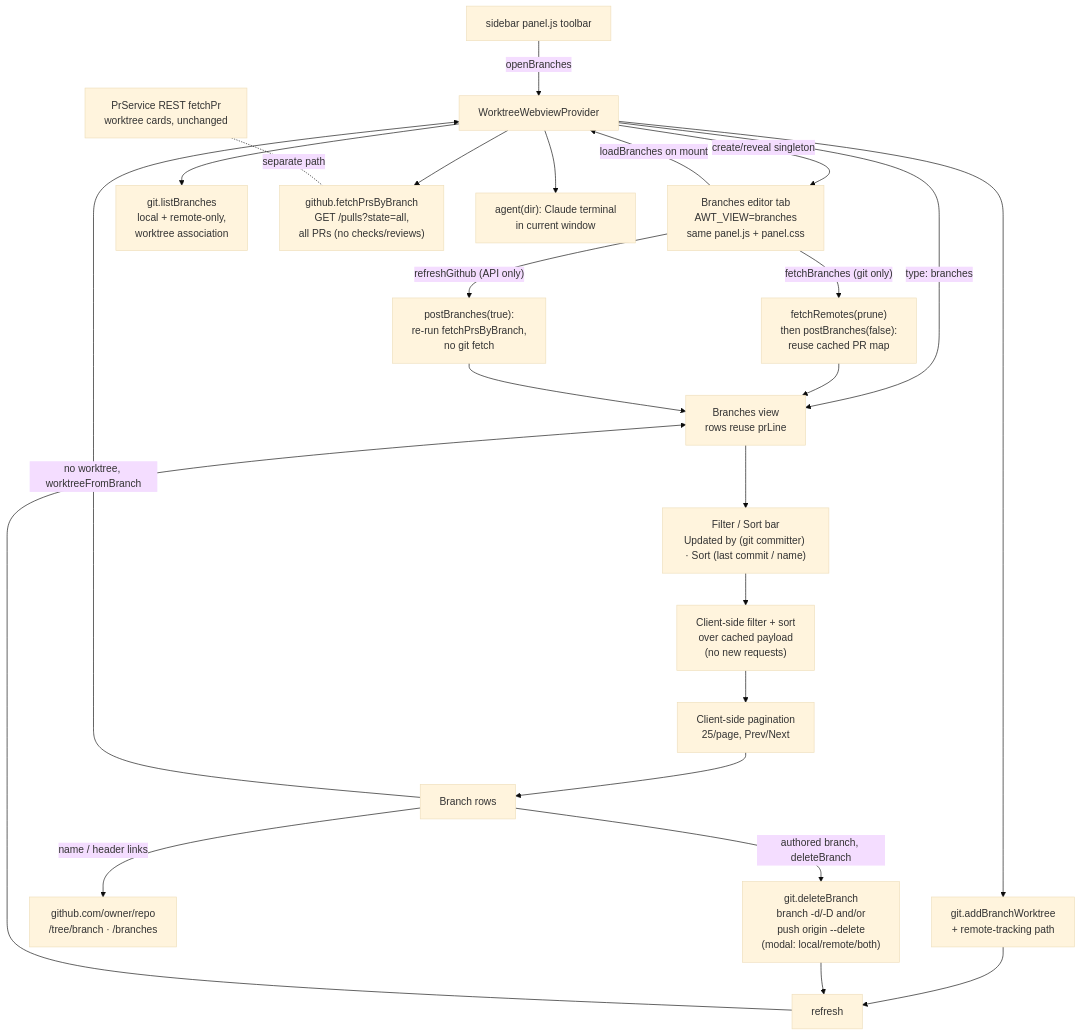
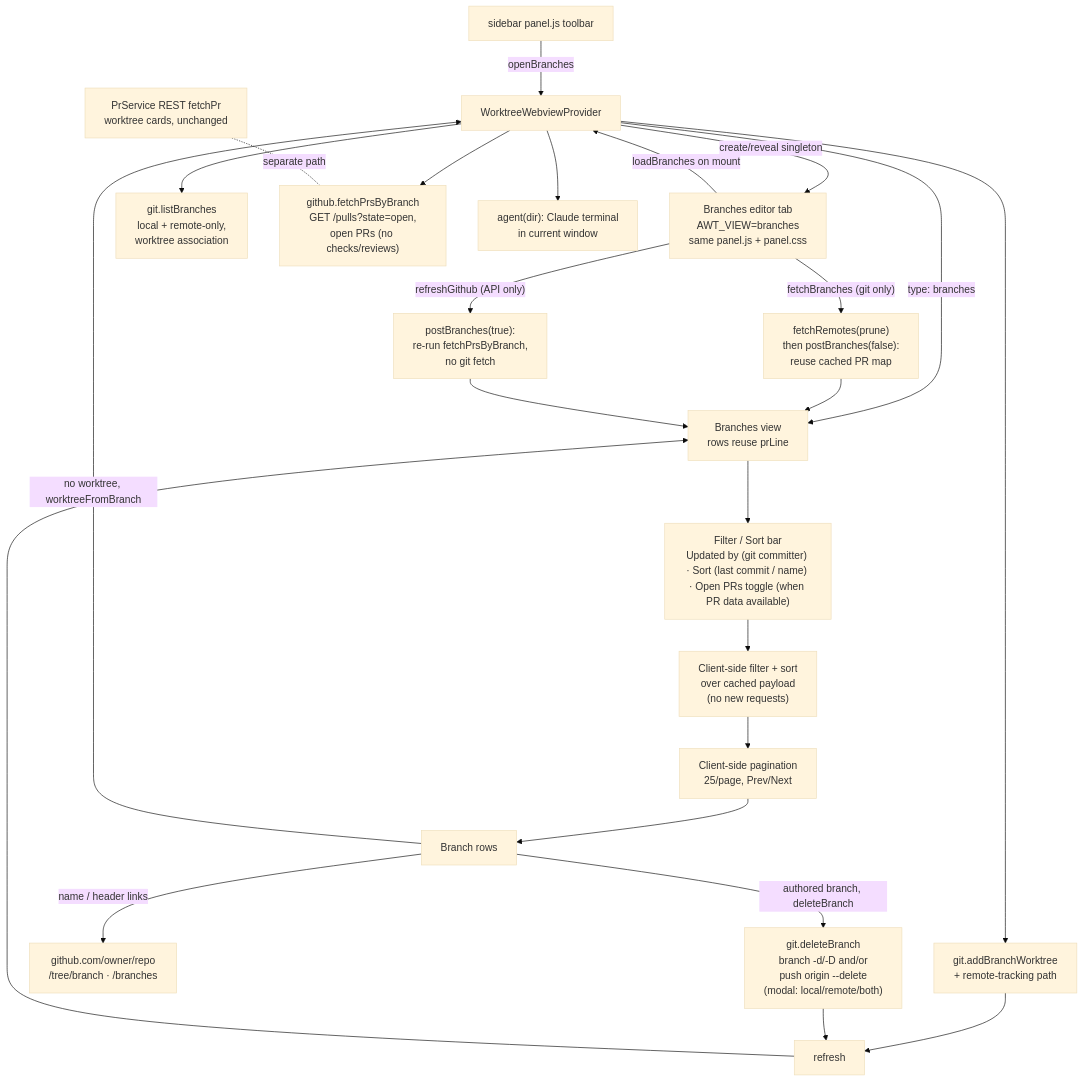
One commit to BradenTerry/agent-worktrees changed the second of 2 diagrams in README.md. Above: the diagram before and after it, drawn with Mermaid (base theme). The commit also changed other lines of this file and 5 other files, not shown here.

First line of the commit message:
Fetch open PRs only; add Open PRs branch filter

````diff
--- a/README.md
+++ b/README.md
@@ -405,25 +413,25 @@
 ```mermaid
 flowchart TD
     TB["sidebar panel.js toolbar"] -->|openBranches| WV[WorktreeWebviewProvider]
     WV -->|create/reveal singleton| EP["Branches editor tab<br/>AWT_VIEW=branches<br/>same panel.js + panel.css"]
     EP -->|loadBranches on mount| WV
     WV --> LB["git.listBranches<br/>local + remote-only,<br/>worktree association"]
-    WV --> FPB["github.fetchPrsByBranch<br/>GET /pulls?state=all,<br/>all PRs (no checks/reviews)"]
+    WV --> FPB["github.fetchPrsByBranch<br/>GET /pulls?state=open,<br/>open PRs (no checks/reviews)"]
     WV -->|type: branches| BO["Branches view<br/>rows reuse prLine"]
-    BO --> FB["Filter / Sort bar<br/>Updated by (git committer) · Sort (last commit / name)"]
+    BO --> FB["Filter / Sort bar<br/>Updated by (git committer) · Sort (last commit / name) · Open PRs toggle (when PR data available)"]
     FB --> CS["Client-side filter + sort<br/>over cached payload<br/>(no new requests)"]
     CS --> PG["Client-side pagination<br/>25/page, Prev/Next"]
     PG --> ROWS[Branch rows]
     ROWS -->|no worktree, worktreeFromBranch| WV
     ROWS -->|"authored branch, deleteBranch"| DB["git.deleteBranch<br/>branch -d/-D and/or<br/>push origin --delete<br/>(modal: local/remote/both)"]
     ROWS -->|"name / header links"| GH["github.com/owner/repo<br/>/tree/branch · /branches"]
     EP -->|"fetchBranches (git only)"| FET["fetchRemotes(prune)<br/>then postBranches(false):<br/>reuse cached PR map"]
     EP -->|"refreshGithub (API only)"| RGH["postBranches(true):<br/>re-run fetchPrsByBranch,<br/>no git fetch"]
     WV --> AW["git.addBranchWorktree<br/>+ remote-tracking path"]
     WV --> AG["agent(dir): Claude terminal<br/>in current window"]
     AW --> RF[refresh] --> BO
     DB --> RF
     FET --> BO
     RGH --> BO
     PRS["PrService REST fetchPr<br/>worktree cards, unchanged"] -. separate path .- FPB
 ```
````
